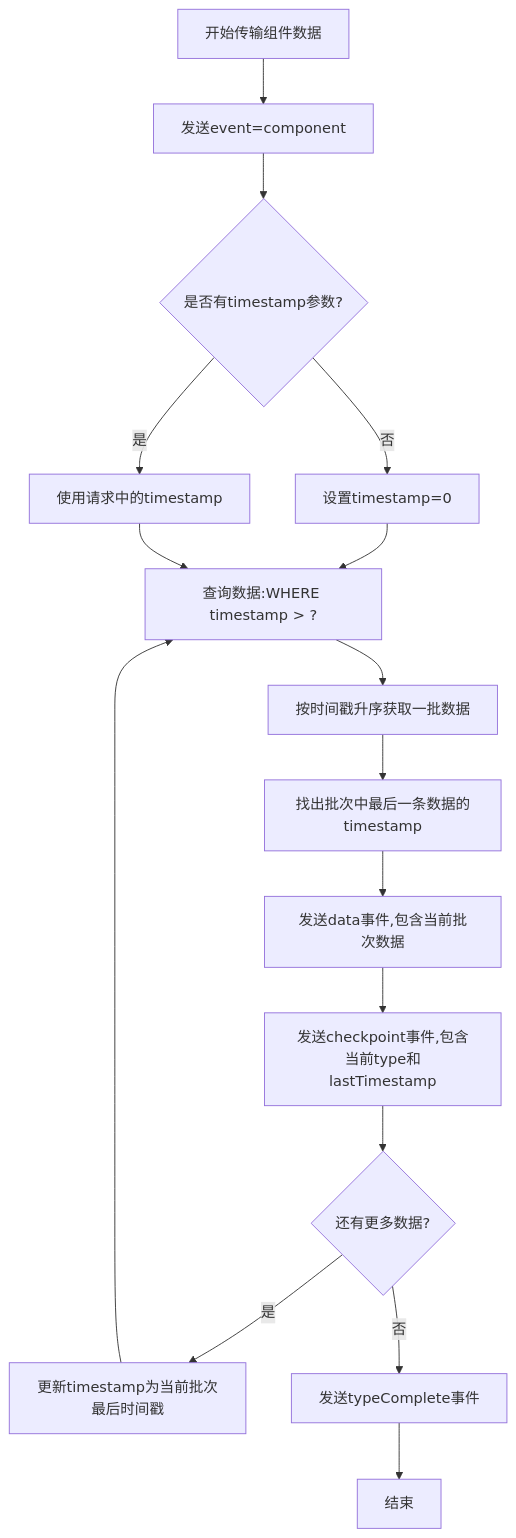
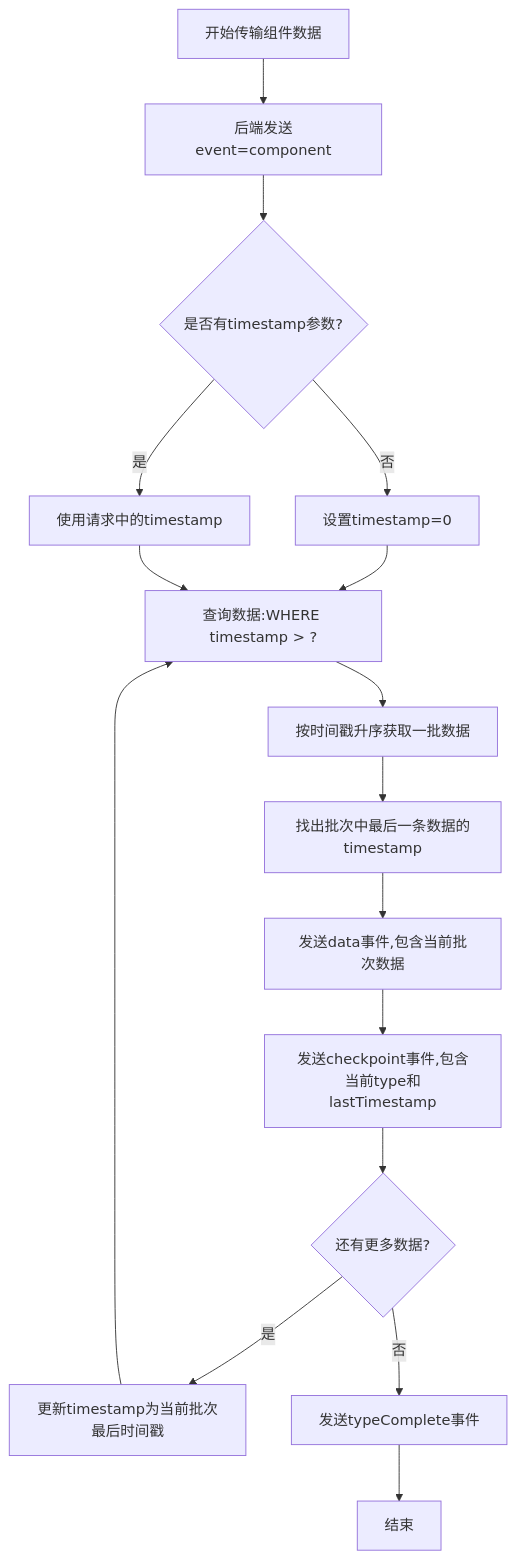
Before and after one commit to yingjianzh/iodraw-files: the diagram in all/未命名-59.md, drawn with Mermaid.

Commit message:
2025-05-14 15:22:25 update

````diff
--- a/all/未命名-59.md
+++ b/all/未命名-59.md
@@ -1,24 +1,24 @@
 ```mermaid
 flowchart TD
-    A[开始传输组件数据] --> B[发送event=component]
+    A[开始传输组件数据] --> B[后端发送event=component]
     
     B --> C{是否有timestamp参数?}
     C -->|否| D[设置timestamp=0]
     C -->|是| E[使用请求中的timestamp]
     
     D --> F[查询数据:WHERE timestamp > ?]
     E --> F
     
     F --> G[按时间戳升序获取一批数据]
     G --> H[找出批次中最后一条数据的timestamp]
     
     H --> I[发送data事件,包含当前批次数据]
     I --> J[发送checkpoint事件,包含当前type和lastTimestamp]
     
     J --> K{还有更多数据?}
     K -->|是| L[更新timestamp为当前批次最后时间戳]
     L --> F
     
     K -->|否| M[发送typeComplete事件]
     M --> N[结束]
 ```
````
